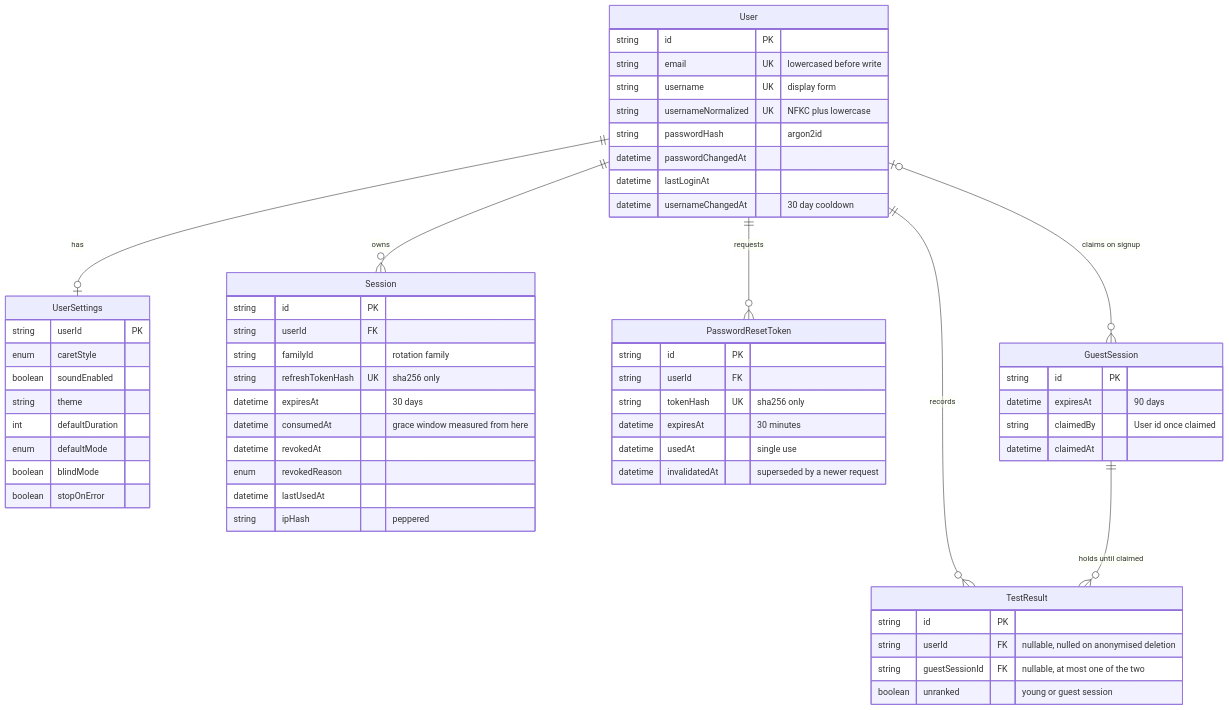
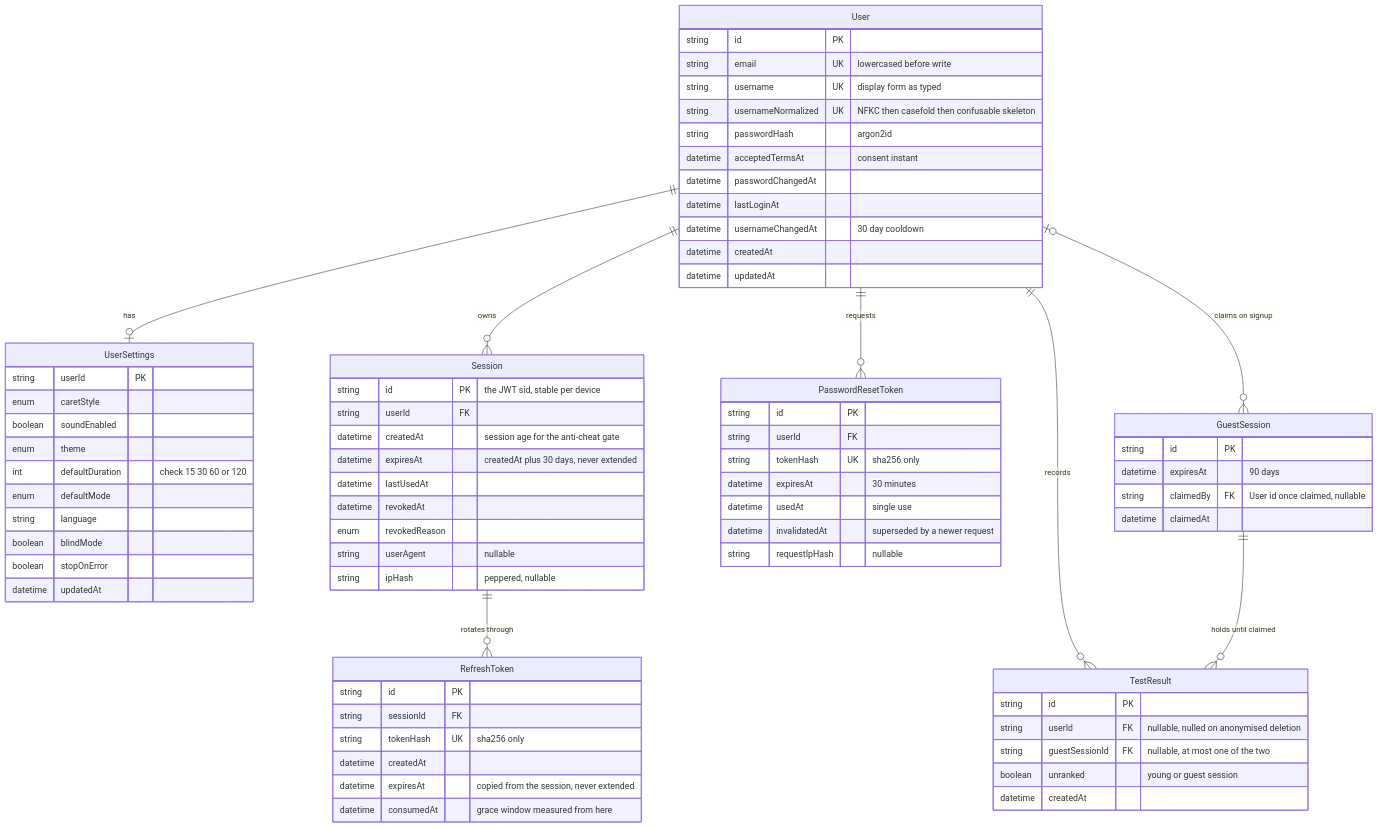
One commit to gBoole01/sdd-typing-game changed the first of 8 diagrams in spec/features/001-authentication-and-users.md. Above: the diagram before and after it, drawn with Mermaid. The commit also changed other lines of this file and 5 other files, not shown here.

````diff
--- a/spec/features/001-authentication-and-users.md
+++ b/spec/features/001-authentication-and-users.md
@@ -179,62 +220,77 @@
 ```mermaid
 erDiagram
     User ||--o| UserSettings : "has"
     User ||--o{ Session : "owns"
+    Session ||--o{ RefreshToken : "rotates through"
     User ||--o{ PasswordResetToken : "requests"
     User ||--o{ TestResult : "records"
     GuestSession ||--o{ TestResult : "holds until claimed"
     User |o--o{ GuestSession : "claims on signup"
 
     User {
         string id PK
         string email UK "lowercased before write"
-        string username UK "display form"
-        string usernameNormalized UK "NFKC plus lowercase"
+        string username UK "display form as typed"
+        string usernameNormalized UK "NFKC then casefold then confusable skeleton"
         string passwordHash "argon2id"
+        datetime acceptedTermsAt "consent instant"
         datetime passwordChangedAt
         datetime lastLoginAt
         datetime usernameChangedAt "30 day cooldown"
+        datetime createdAt
+        datetime updatedAt
     }
     UserSettings {
         string userId PK
         enum caretStyle
         boolean soundEnabled
-        string theme
-        int defaultDuration
+        enum theme
+        int defaultDuration "check 15 30 60 or 120"
         enum defaultMode
+        string language
         boolean blindMode
         boolean stopOnError
+        datetime updatedAt
     }
     Session {
-        string id PK
+        string id PK "the JWT sid, stable per device"
         string userId FK
-        string familyId "rotation family"
-        string refreshTokenHash UK "sha256 only"
-        datetime expiresAt "30 days"
-        datetime consumedAt "grace window measured from here"
+        datetime createdAt "session age for the anti-cheat gate"
+        datetime expiresAt "createdAt plus 30 days, never extended"
+        datetime lastUsedAt
         datetime revokedAt
         enum revokedReason
-        datetime lastUsedAt
-        string ipHash "peppered"
+        string userAgent "nullable"
+        string ipHash "peppered, nullable"
+    }
+    RefreshToken {
+        string id PK
+        string sessionId FK
+        string tokenHash UK "sha256 only"
+        datetime createdAt
+        datetime expiresAt "copied from the session, never extended"
+        datetime consumedAt "grace window measured from here"
     }
     PasswordResetToken {
         string id PK
         string userId FK
         string tokenHash UK "sha256 only"
         datetime expiresAt "30 minutes"
         datetime usedAt "single use"
         datetime invalidatedAt "superseded by a newer request"
+        string requestIpHash "nullable"
     }
     GuestSession {
         string id PK
         datetime expiresAt "90 days"
-        string claimedBy "User id once claimed"
+        string claimedBy FK "User id once claimed, nullable"
         datetime claimedAt
     }
     TestResult {
         string id PK
         string userId FK "nullable, nulled on anonymised deletion"
         string guestSessionId FK "nullable, at most one of the two"
         boolean unranked "young or guest session"
+        datetime createdAt
     }
 ```
````
